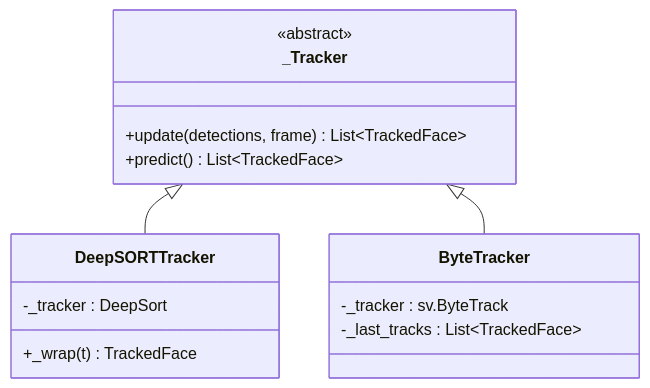
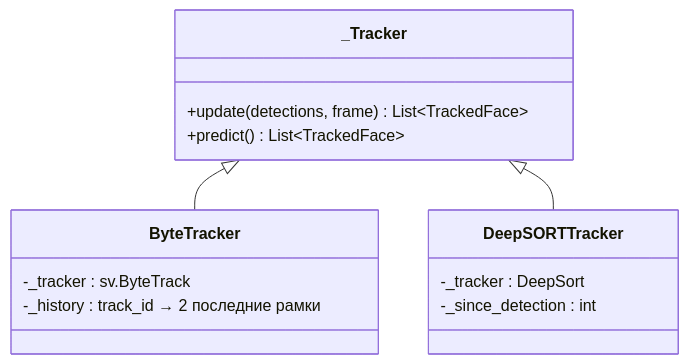
The diagram in docs/modules/faces_tracking.md (listussr/facial-emotion-analyzer), drawn with Mermaid before and after one commit. The commit also changed other lines of this file and 107 other files, not shown here.

````diff
--- a/docs/modules/faces_tracking.md
+++ b/docs/modules/faces_tracking.md
@@ -32,18 +26,17 @@
 ```mermaid
 classDiagram
     class _Tracker {
-        <<abstract>>
         +update(detections, frame) List~TrackedFace~
         +predict() List~TrackedFace~
     }
+    class ByteTracker {
+        -_tracker : sv.ByteTrack
+        -_history : track_id → 2 последние рамки
+    }
     class DeepSORTTracker {
         -_tracker : DeepSort
-        +_wrap(t) TrackedFace
+        -_since_detection : int
     }
-    class ByteTracker {
-        -_tracker : sv.ByteTrack
-        -_last_tracks : List~TrackedFace~
-    }
+    _Tracker <|-- ByteTracker
     _Tracker <|-- DeepSORTTracker
-    _Tracker <|-- ByteTracker
 ```
````
